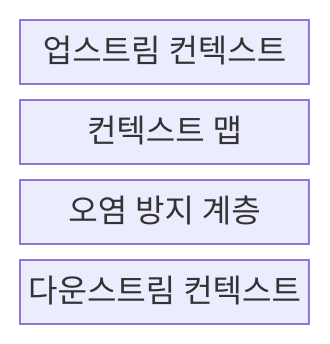
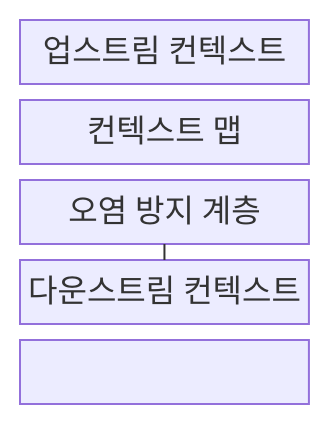
One commit to agnusdei1207/knowledge-base changed the first of 2 diagrams in src/content/docs/notes/03-software/050_bounded_context.md. Above: the diagram before and after it, drawn with Mermaid. The commit also changed other lines of this file and 238 other files, not shown here.

````diff
--- a/src/content/docs/notes/03-software/050_bounded_context.md
+++ b/src/content/docs/notes/03-software/050_bounded_context.md
@@ -60,8 +60,10 @@
 ```mermaid
-block
+block-beta
   columns 1
   U["업스트림 컨텍스트"]
   C["컨텍스트 맵"]
   A["오염 방지 계층"]
   D["다운스트림 컨텍스트"]
+  U --- C --- A
+  A --- D
 ```
````
